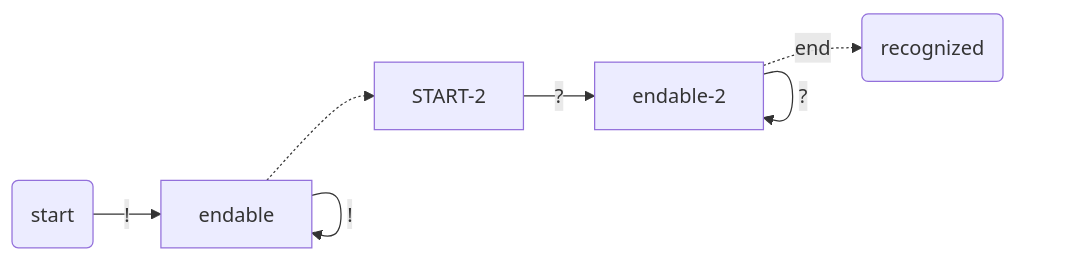
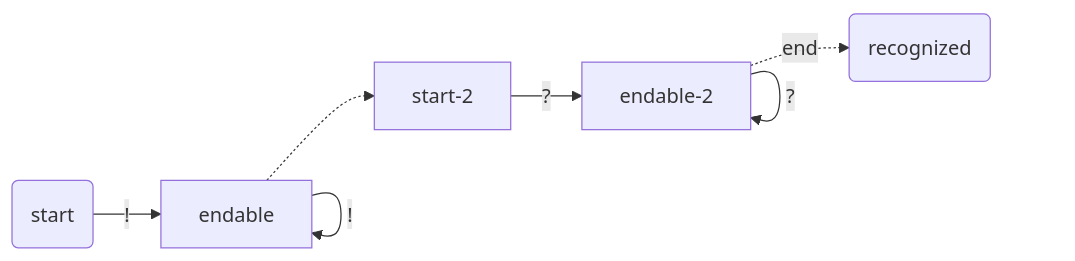
Before and after one commit to raganwald/raganwald.github.com: the fourth of 24 diagrams in _posts/2019-09-21-recognizing-myself.md, drawn with Mermaid. The commit also changed other lines of this file and 2 other files, not shown here.

```diff
--- a/_posts/2019-09-21-recognizing-myself.md
+++ b/_posts/2019-09-21-recognizing-myself.md
@@ -572,9 +572,9 @@
 <div class="mermaid">
   graph LR
     start(start)-->|!|endable
     endable-->|!|endable
-    endable-.->START-2
-    START-2-->|?|endable-2
+    endable-.->start-2
+    start-2-->|?|endable-2
     endable-2-->|?|endable-2
     endable-2-.->|end|recognized(recognized)
 </div>
```
